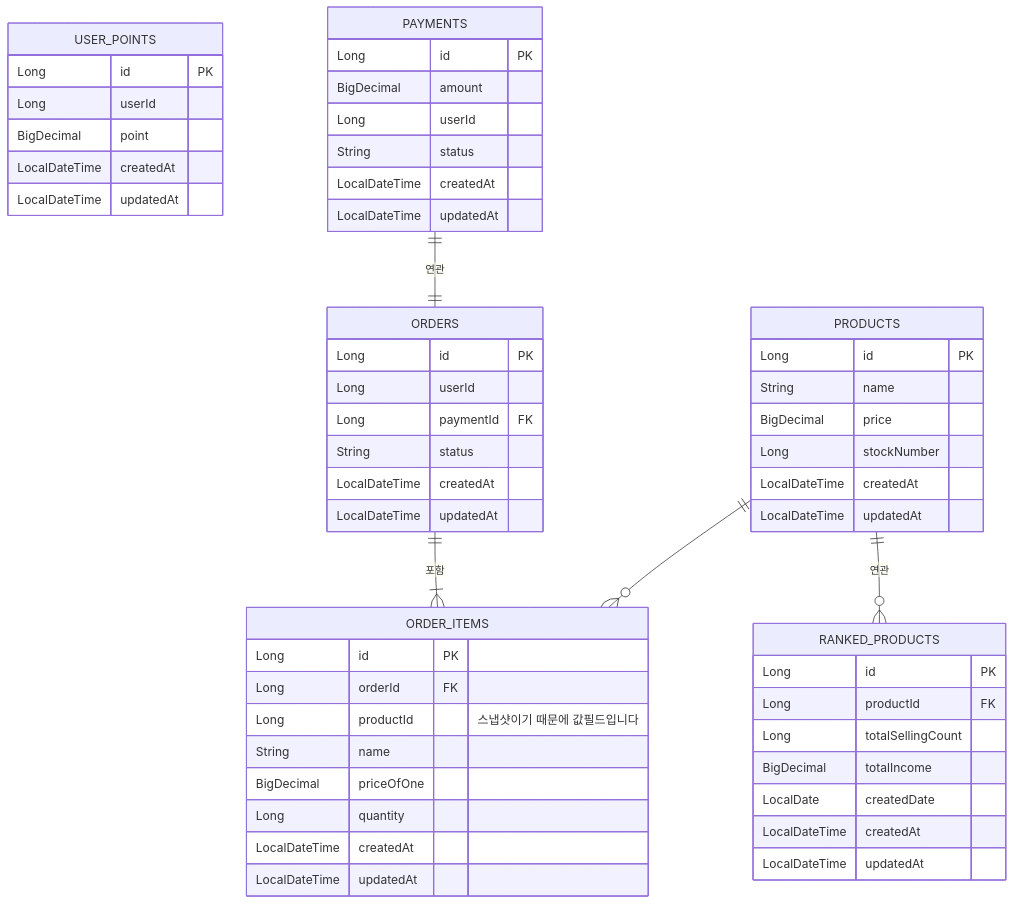
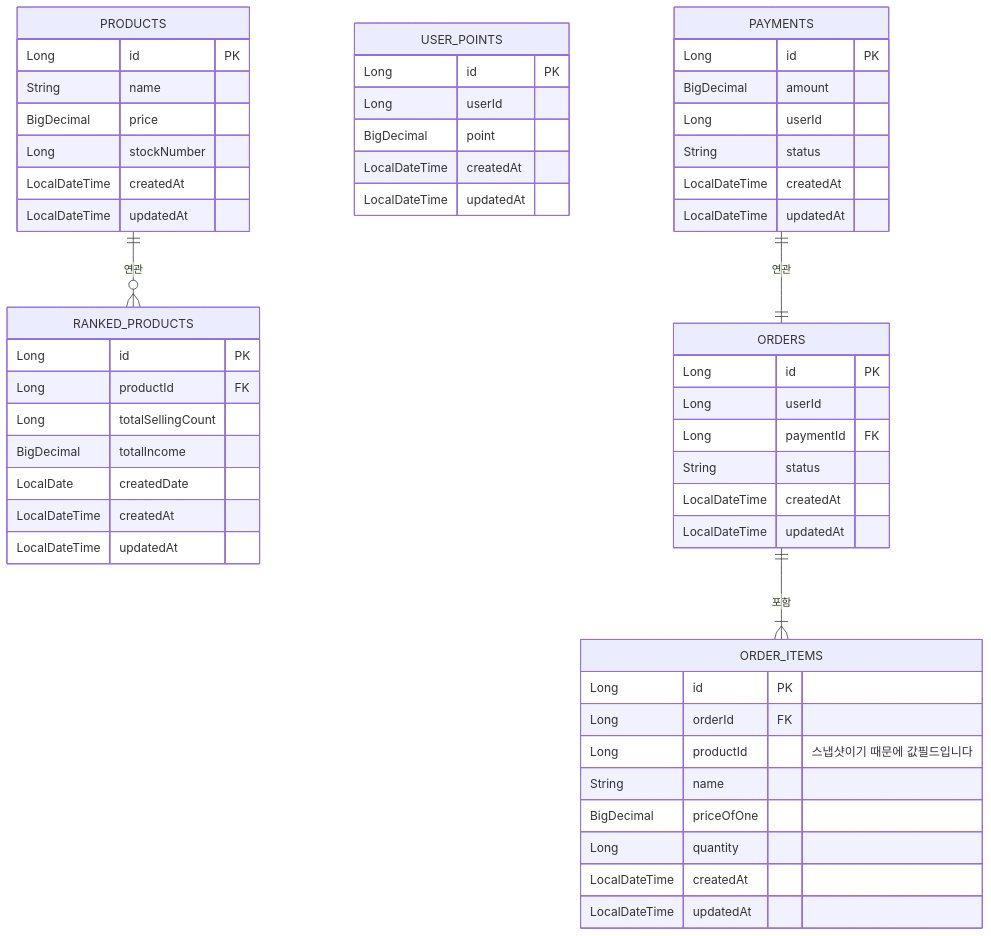
One commit to jsween5723/commerce changed the first of 2 diagrams in docs/erd/readme.md. Above: the diagram before and after it, drawn with Mermaid. The commit also changed other lines of this file, not shown here.

Commit message:
docs(erd): 구분자 추가

````diff
--- a/docs/erd/readme.md
+++ b/docs/erd/readme.md
@@ -5,58 +7,57 @@
 ```mermaid
 erDiagram
     PRODUCTS {
         Long id PK
         String name
         BigDecimal price
         Long stockNumber
         LocalDateTime createdAt
         LocalDateTime updatedAt
     }
     RANKED_PRODUCTS {
         Long id PK
         Long productId FK
         Long totalSellingCount
         BigDecimal totalIncome
         LocalDate createdDate
         LocalDateTime createdAt
         LocalDateTime updatedAt
     }
     USER_POINTS {
         Long id PK
         Long userId
         BigDecimal point
         LocalDateTime createdAt
         LocalDateTime updatedAt
     }
     ORDERS {
         Long id PK
         Long userId
         Long paymentId FK
         String status
         LocalDateTime createdAt
         LocalDateTime updatedAt
     }
     ORDER_ITEMS {
         Long id PK
         Long orderId FK
         Long productId "스냅샷이기 때문에 값필드입니다"
         String name
         BigDecimal priceOfOne
         Long quantity
         LocalDateTime createdAt
         LocalDateTime updatedAt
     }
     PAYMENTS {
         Long id PK
         BigDecimal amount
         Long userId
         String status
         LocalDateTime createdAt
         LocalDateTime updatedAt
     }
 
     PRODUCTS ||--o{ RANKED_PRODUCTS: "연관"
     ORDERS ||--|{ ORDER_ITEMS: "포함"
     PAYMENTS ||--|| ORDERS: "연관"
-    PRODUCTS ||--o{ ORDER_ITEMS: ""
 ```
````
